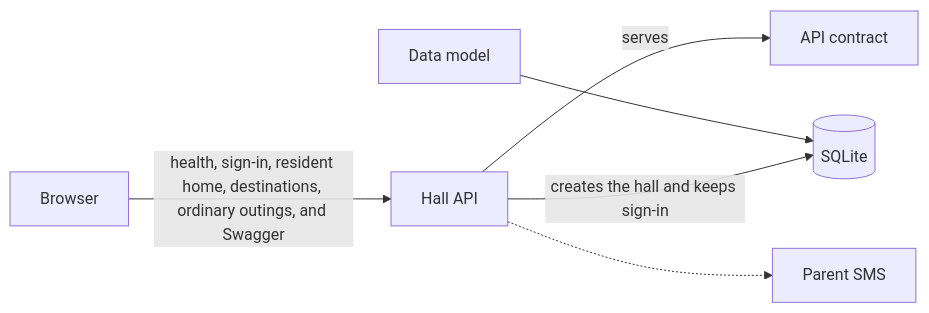
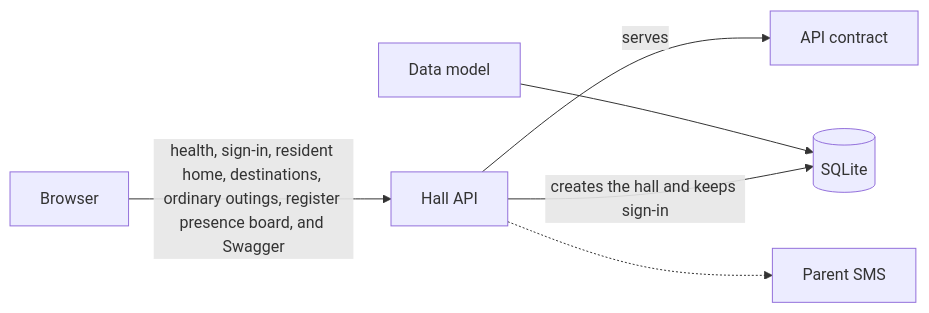
The diagram in docs/system-architecture.md (AbuIqbal123/BSJ-Hostel-Management), drawn with Mermaid before and after one commit. The commit also changed other lines of this file and 7 other files, not shown here.

First line of the commit message:
Add the warden register presence board.

````diff
--- a/docs/system-architecture.md
+++ b/docs/system-architecture.md
@@ -7,8 +7,8 @@
 ```mermaid
 flowchart LR
-  browser["Browser"] -->|"health, sign-in, resident home, destinations, ordinary outings, and Swagger"| api["Hall API"]
+  browser["Browser"] -->|"health, sign-in, resident home, destinations, ordinary outings, register presence board, and Swagger"| api["Hall API"]
   api -->|"serves"| contract["API contract"]
   model["Data model"] --> db[("SQLite")]
   api -->|"creates the hall and keeps sign-in"| db
   api -.-> sms["Parent SMS"]
 ```
````
